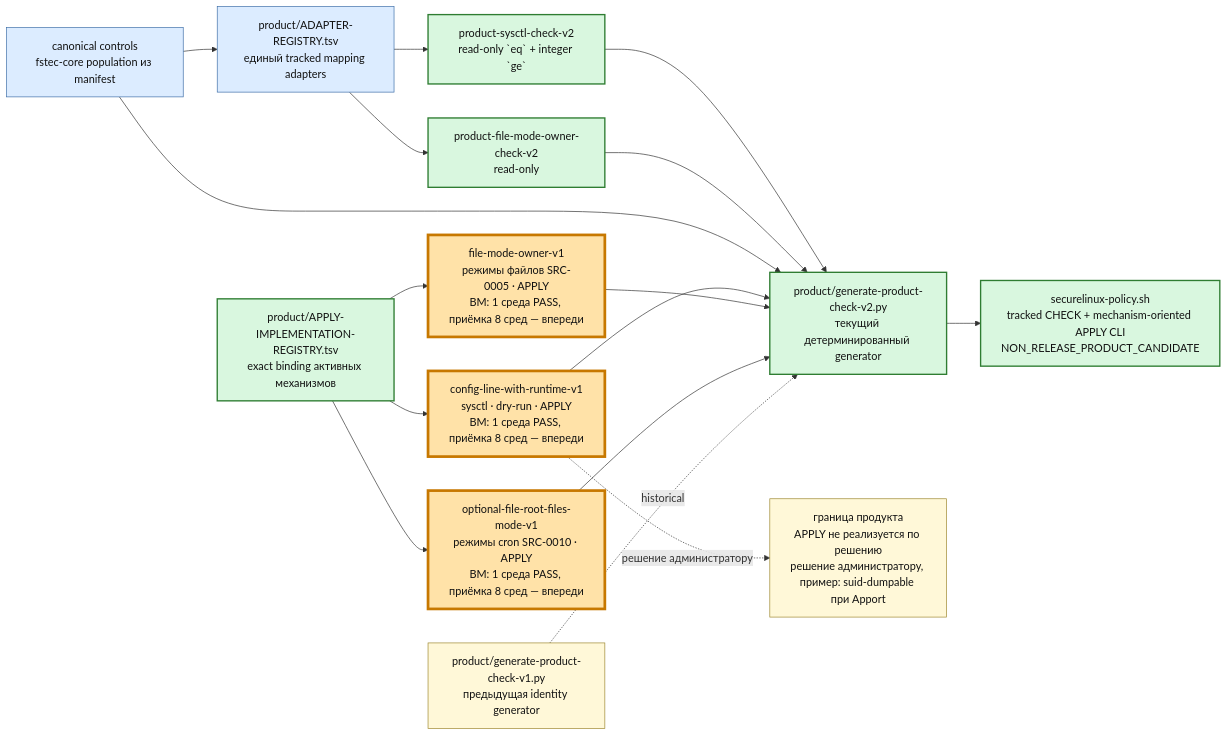
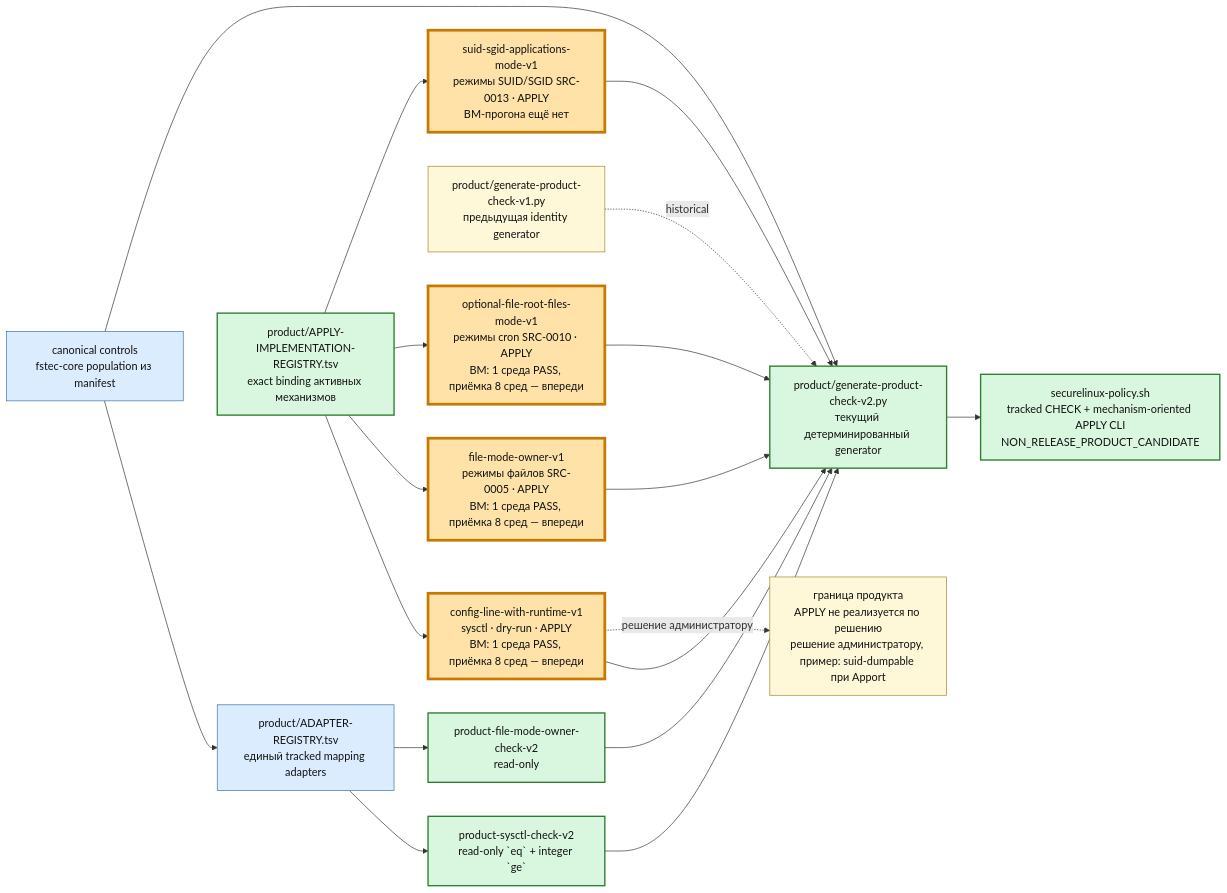
Before and after one commit to rasav65/SecureLinux-Policy: the third of 6 diagrams in docs/PROJECT-MAP.md, drawn with Mermaid. The commit also changed 6 other files, not shown here.

First line of the commit message:
docs: узел механизма suid-sgid-applications-mode-v1 в карте проекта

````diff
--- a/docs/PROJECT-MAP.md
+++ b/docs/PROJECT-MAP.md
@@ -206,32 +206,34 @@
 ```mermaid
 flowchart LR
     CTRLNOW["canonical controls<br/>fstec-core population из manifest"]:::component
     REG["product/ADAPTER-REGISTRY.tsv<br/>единый tracked mapping adapters"]:::component
     SYS["product-sysctl-check-v2<br/>read-only `eq` + integer `ge`"]:::closed
     FILE["product-file-mode-owner-check-v2<br/>read-only"]:::closed
     GEN1["product/generate-product-check-v1.py<br/>предыдущая identity generator"]:::note
     GEN2["product/generate-product-check-v2.py<br/>текущий детерминированный generator"]:::closed
     IMPLREG["product/APPLY-IMPLEMENTATION-REGISTRY.tsv<br/>exact binding активных механизмов"]:::closed
     APPLY1["config-line-with-runtime-v1<br/>sysctl · dry-run · APPLY<br/>ВМ: 1 среда PASS, приёмка 8 сред — впереди"]:::current
     APPLY2["file-mode-owner-v1<br/>режимы файлов SRC-0005 · APPLY<br/>ВМ: 1 среда PASS, приёмка 8 сред — впереди"]:::current
     APPLY3["optional-file-root-files-mode-v1<br/>режимы cron SRC-0010 · APPLY<br/>ВМ: 1 среда PASS, приёмка 8 сред — впереди"]:::current
+    APPLY4["suid-sgid-applications-mode-v1<br/>режимы SUID/SGID SRC-0013 · APPLY<br/>ВМ-прогона ещё нет"]:::current
     CLI["securelinux-policy.sh<br/>tracked CHECK + mechanism-oriented APPLY CLI<br/>NON_RELEASE_PRODUCT_CANDIDATE"]:::closed
     ADMIN["граница продукта<br/>APPLY не реализуется по решению<br/>решение администратору, пример: suid-dumpable при Apport"]:::note
 
     CTRLNOW --> REG
     REG --> SYS
     REG --> FILE
     SYS --> GEN2
     FILE --> GEN2
     CTRLNOW --> GEN2 --> CLI
     IMPLREG --> APPLY1 --> GEN2
     IMPLREG --> APPLY2 --> GEN2
     IMPLREG --> APPLY3 --> GEN2
+    IMPLREG --> APPLY4 --> GEN2
     APPLY1 -. решение администратору .-> ADMIN
     GEN1 -. historical .-> GEN2
 
     classDef closed fill:#d9f7df,stroke:#2f7d32,color:#111,stroke-width:2px;
     classDef component fill:#dcecff,stroke:#3e6ea8,color:#111;
     classDef current fill:#ffe2a8,stroke:#c77800,color:#111,stroke-width:4px;
     classDef note fill:#fff8d8,stroke:#9d8730,color:#111;
 ```
````
